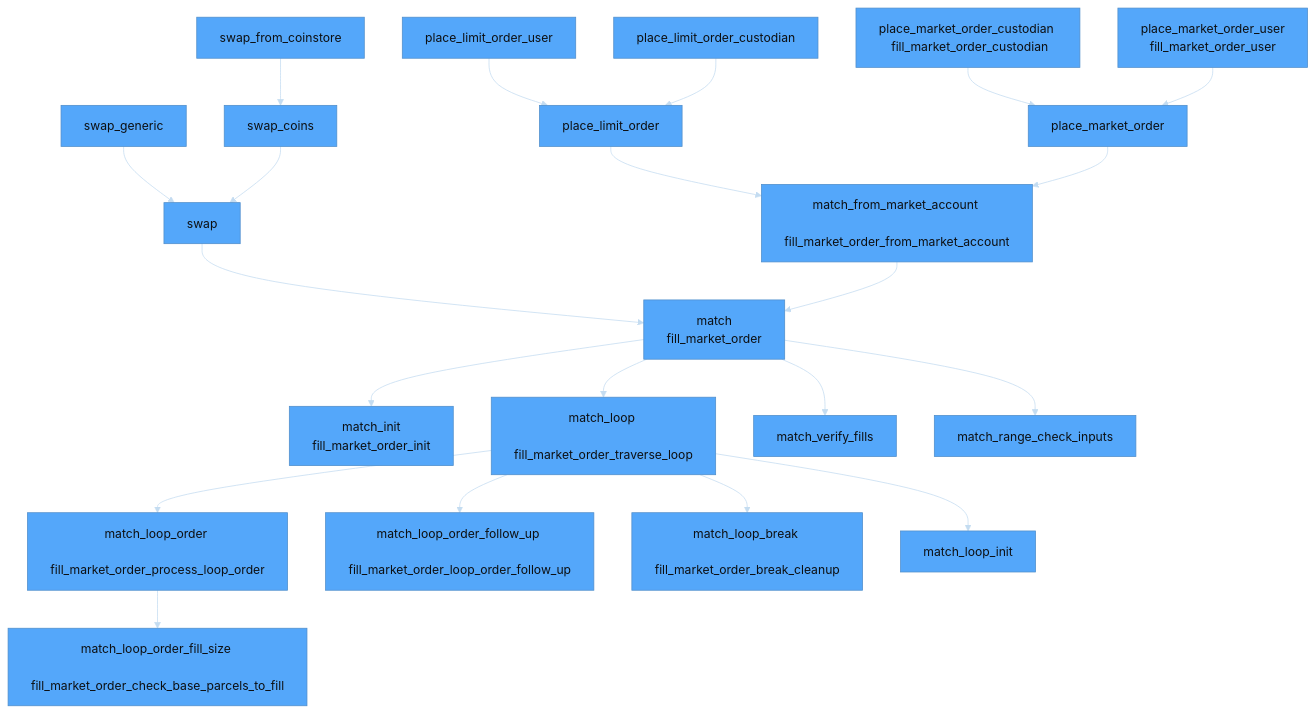
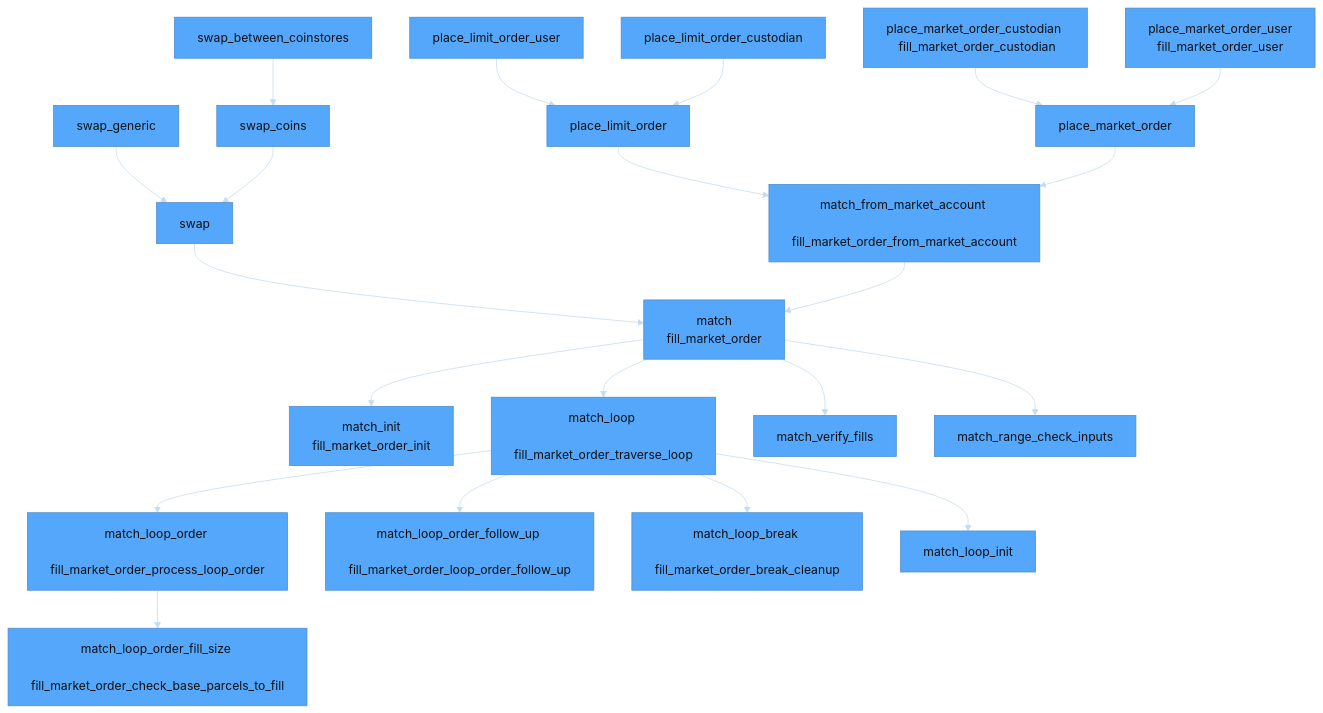
Before and after one commit to econia-labs/econia: the third of 3 diagrams in src/move/econia/dependencies.md, drawn with Mermaid. The commit also changed 2 other files, not shown here.

Commit message:
Add swap between coinstores func

````diff
--- a/src/move/econia/dependencies.md
+++ b/src/move/econia/dependencies.md
@@ -49,82 +49,82 @@
 ```mermaid
 
 %%{init: {'theme': 'base', 'themeVariables': {'primaryColor': '#54a7fa', 'lineColor': '#c4dcf1', 'primaryTextColor': '#0d1013', 'secondaryColor': '#c4dcf1'}}}%%
 
 flowchart TD
 
 %% Node definitions
 
     match[match <br/> fill_market_order]
     match_from_market_account[match_from_market_account <br/> fill_market_order_from_market_account]
     match_init[match_init <br> fill_market_order_init]
     swap[swap]
     place_market_order[place_market_order]
     place_market_order_custodian[place_market_order_custodian <br/> fill_market_order_custodian]
     place_market_order_user[place_market_order_user <br/> fill_market_order_user]
     place_limit_order[place_limit_order]
     place_limit_order_custodian[place_limit_order_custodian]
     place_limit_order_user[place_limit_order_user]
     match_loop[match_loop <br/> fill_market_order_traverse_loop]
     match_loop_order[match_loop_order <br/> fill_market_order_process_loop_order]
     match_loop_order_fill_size[match_loop_order_fill_size <br/> fill_market_order_check_base_parcels_to_fill]
     match_loop_order_follow_up[match_loop_order_follow_up <br/> fill_market_order_loop_order_follow_up]
     match_loop_break[match_loop_break <br/> fill_market_order_break_cleanup]
     swap_coins[swap_coins]
     swap_generic[swap_generic]
     match_verify_fills[match_verify_fills]
     match_loop_init[match_loop_init]
     match_range_check_inputs[match_range_check_inputs]
-    swap_from_coinstore[swap_from_coinstore]
+    swap_between_coinstores[swap_between_coinstores]
 
 %% Class definitions
 
     classDef partially_implemented fill:#a020f0 %% Purple
     classDef implemented fill:#32cd32 %% Lime Green
     classDef unimplemented fill:#708090 %% Slate Gray
 
-    class swap_from_coinstore unimplemented;
+    class swap_between_coinstores implemented;
     class match_verify_fills implemented;
     class swap_coins implemented;
     class swap_generic unimplemented
     class match implemented;
     class match_from_market_account unimplemented;
     class match_init implemented;
     class swap implemented;
     class place_market_order unimplemented;
     class place_market_order_custodian unimplemented;
     class place_market_order_user unimplemented;
     class place_limit_order partially_implemented;
     class place_limit_order_custodian partially_implemented;
     class place_limit_order_user partially_implemented;
     class match_loop implemented;
     class match_loop_order implemented;
     class match_loop_order_fill_size implemented;
     class match_loop_order_follow_up implemented;
     class match_loop_break implemented;
     class match_loop_init implemented;
     class match_range_check_inputs implemented;
 
 %% Node relationships
 
-    swap_from_coinstore --> swap_coins
+    swap_between_coinstores --> swap_coins
     match --> match_range_check_inputs
     match --> match_verify_fills
     swap_generic --> swap
     swap_coins --> swap
     place_limit_order_user --> place_limit_order
     place_limit_order_custodian --> place_limit_order
     place_limit_order --> match_from_market_account
     place_market_order --> match_from_market_account
     place_market_order_custodian --> place_market_order
     swap --> match
     place_market_order_user --> place_market_order
     match --> match_init
     match --> match_loop
     match_from_market_account --> match
     match_loop_order --> match_loop_order_fill_size
     match_loop --> match_loop_init
     match_loop --> match_loop_order
     match_loop --> match_loop_order_follow_up
     match_loop --> match_loop_break
 
 ```
````
